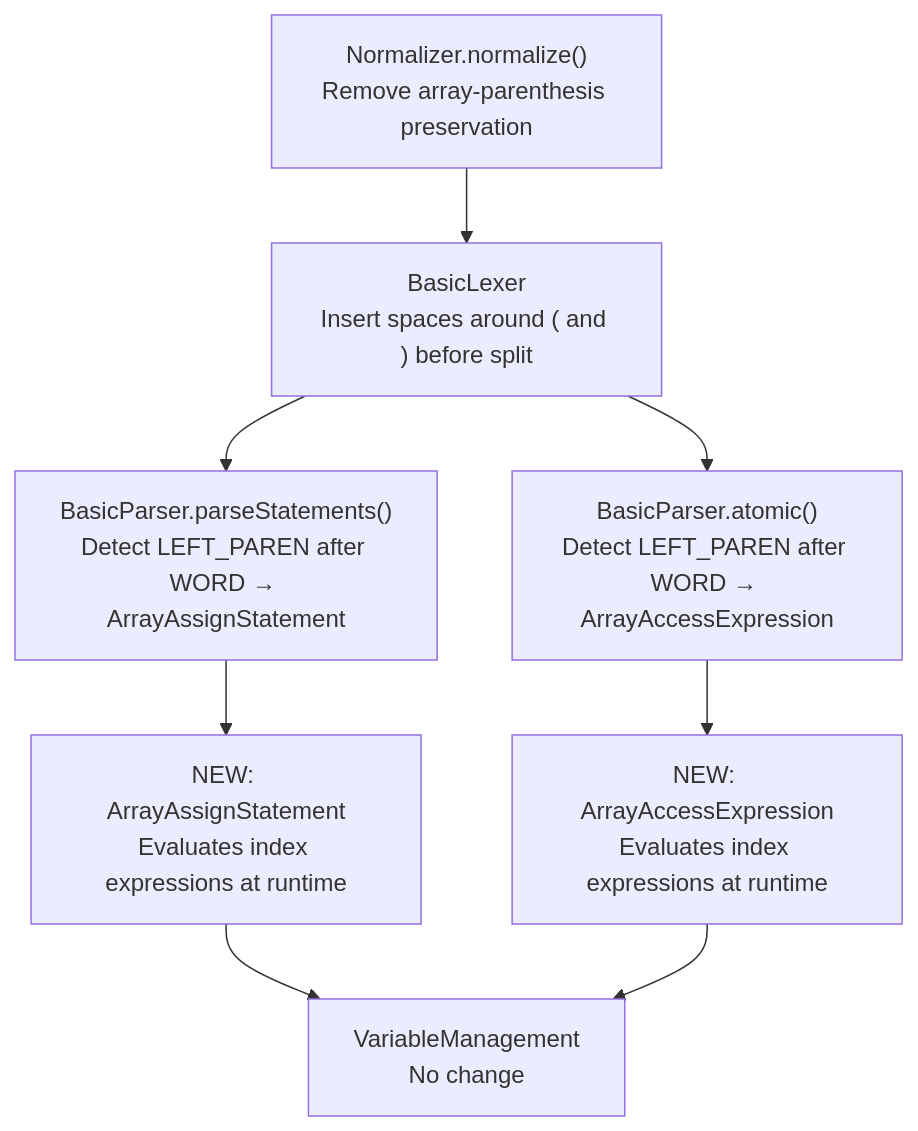
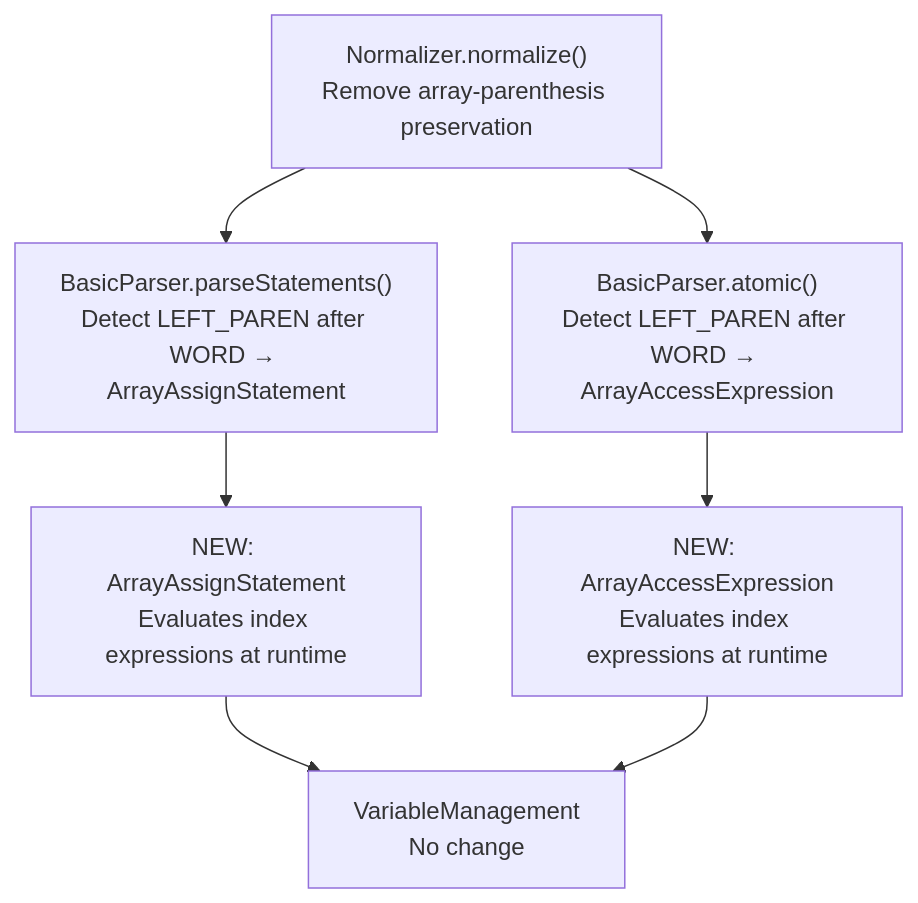
The seventh of 7 diagrams in doc/ArrayExpressionIndexDesign.md (andreas-grimm/GD-BASIC), drawn with Mermaid before and after one commit. The commit also changed other lines of this file and 15 other files, not shown here.

````diff
--- a/doc/ArrayExpressionIndexDesign.md
+++ b/doc/ArrayExpressionIndexDesign.md
@@ -715,14 +706,13 @@
 ```mermaid
 flowchart TD
     N1["Normalizer.normalize()\nRemove array-parenthesis preservation"]
-    L1["BasicLexer\nInsert spaces around ( and ) before split"]
     P1["BasicParser.parseStatements()\nDetect LEFT_PAREN after WORD → ArrayAssignStatement"]
     P2["BasicParser.atomic()\nDetect LEFT_PAREN after WORD → ArrayAccessExpression"]
     C1["NEW: ArrayAssignStatement\nEvaluates index expressions at runtime"]
     C2["NEW: ArrayAccessExpression\nEvaluates index expressions at runtime"]
     VM["VariableManagement\nNo change"]
 
-    N1 --> L1 --> P1 & P2
+    N1 --> P1 & P2
     P1 --> C1 --> VM
     P2 --> C2 --> VM
 ```
````
